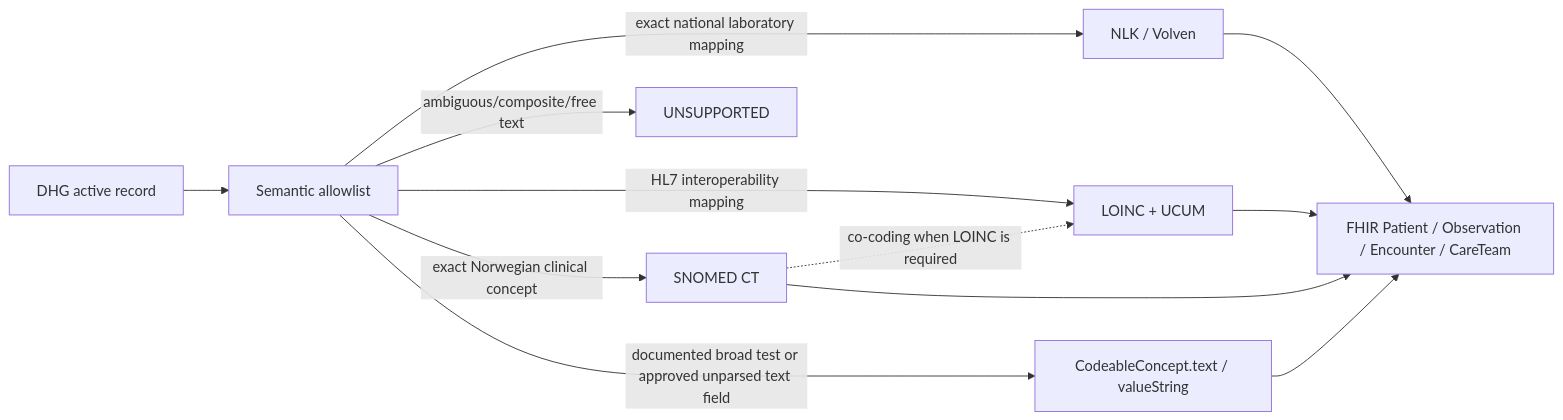
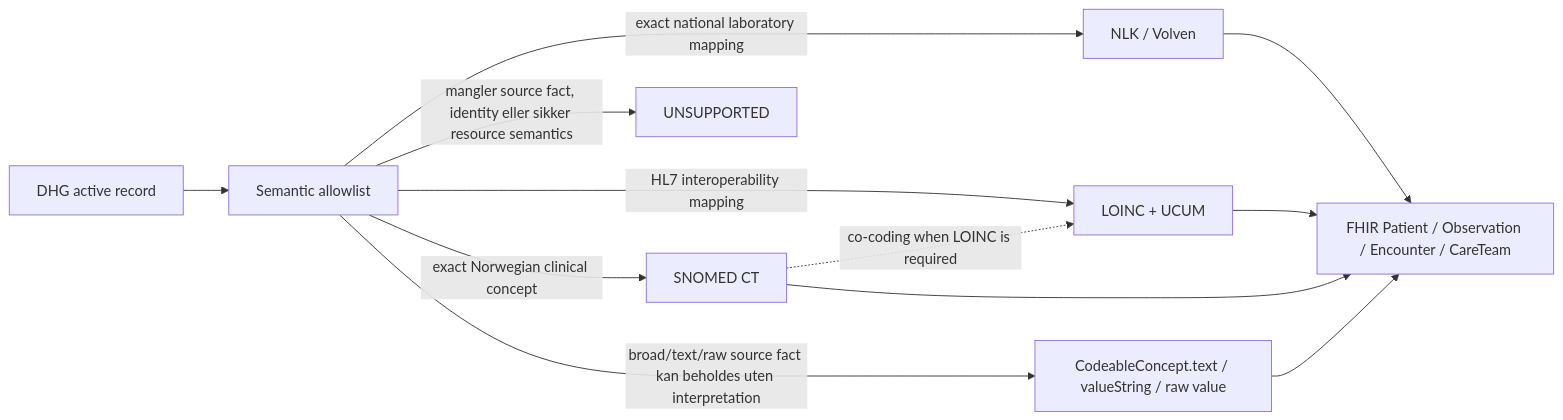
The second of 3 diagrams in docs/dhg-fhir-resource-mapping.md (helgaarm/FhirGravidAPI), drawn with Mermaid before and after one commit. The commit also changed other lines of this file and 8 other files, not shown here.

````diff
--- a/docs/dhg-fhir-resource-mapping.md
+++ b/docs/dhg-fhir-resource-mapping.md
@@ -63,14 +63,14 @@
 ```mermaid
 flowchart LR
     DHG["DHG active record"] --> Semantic["Semantic allowlist"]
     Semantic -->|"exact national laboratory mapping"| National["NLK / Volven"]
     Semantic -->|"HL7 interoperability mapping"| LOINC["LOINC + UCUM"]
     Semantic -->|"exact Norwegian clinical concept"| SNOMED["SNOMED CT"]
-    Semantic -->|"documented broad test or approved unparsed text field"| Text["CodeableConcept.text / valueString"]
-    Semantic -->|"ambiguous/composite/free text"| Unsupported["UNSUPPORTED"]
+    Semantic -->|"broad/text/raw source fact kan beholdes uten interpretation"| Text["CodeableConcept.text / valueString / raw value"]
+    Semantic -->|"mangler source fact, identity eller sikker resource semantics"| Unsupported["UNSUPPORTED"]
     National --> FHIR["FHIR Patient / Observation / Encounter / CareTeam"]
     LOINC --> FHIR
     SNOMED --> FHIR
     Text --> FHIR
     SNOMED -.->|"co-coding when LOINC is required"| LOINC
 ```
````
